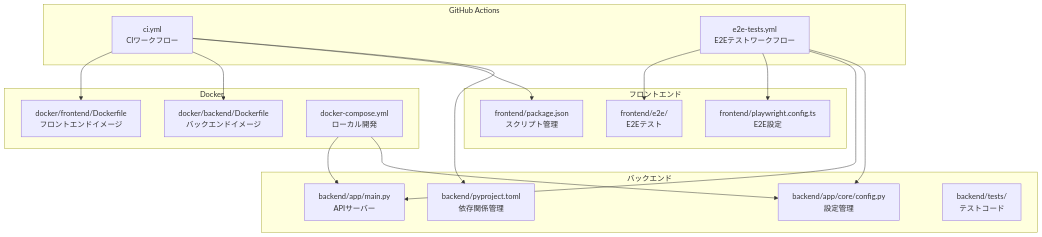
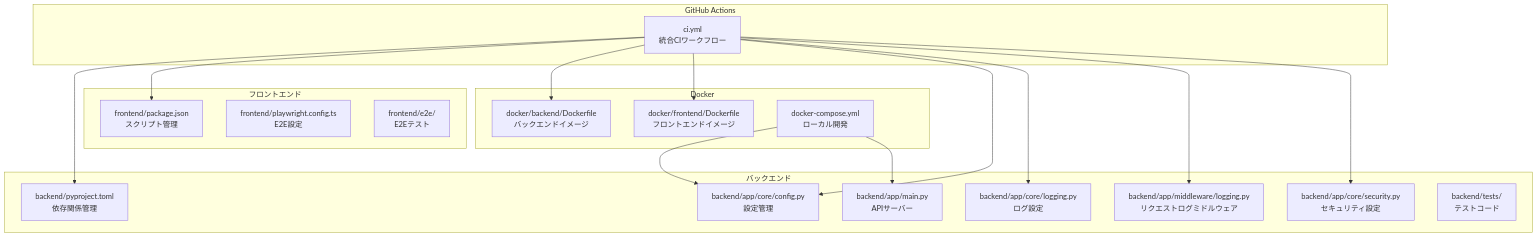
One commit to ss8806/Todos changed the first of 4 diagrams in .qoder/repowiki/ja/content/開発ワークフロー/CI_CDパイプライン.md. Above: the diagram before and after it, drawn with Mermaid. The commit also changed other lines of this file and 35 other files, not shown here.

````diff
--- a/.qoder/repowiki/ja/content/開発ワークフロー/CI_CDパイプライン.md
+++ b/.qoder/repowiki/ja/content/開発ワークフロー/CI_CDパイプライン.md
@@ -41,33 +52,35 @@
 ```mermaid
 graph TB
 subgraph "GitHub Actions"
-CI["ci.yml<br/>CIワークフロー"]
-E2E["e2e-tests.yml<br/>E2Eテストワークフロー"]
+CI["ci.yml<br/>統合CIワークフロー"]
 end
 subgraph "バックエンド"
 PY["backend/pyproject.toml<br/>依存関係管理"]
 CFG["backend/app/core/config.py<br/>設定管理"]
+SEC["backend/app/core/security.py<br/>セキュリティ設定"]
+LOG["backend/app/core/logging.py<br/>ログ設定"]
+MLOG["backend/app/middleware/logging.py<br/>リクエストログミドルウェア"]
 MAIN["backend/app/main.py<br/>APIサーバー"]
 TESTS["backend/tests/<br/>テストコード"]
 end
 subgraph "フロントエンド"
 PKG["frontend/package.json<br/>スクリプト管理"]
 PW["frontend/playwright.config.ts<br/>E2E設定"]
 E2E_TESTS["frontend/e2e/<br/>E2Eテスト"]
 end
 subgraph "Docker"
 DBDF["docker/backend/Dockerfile<br/>バックエンドイメージ"]
 FPDF["docker/frontend/Dockerfile<br/>フロントエンドイメージ"]
 DC["docker-compose.yml<br/>ローカル開発"]
 end
 CI --> PY
 CI --> PKG
 CI --> DBDF
 CI --> FPDF
-E2E --> CFG
-E2E --> MAIN
-E2E --> PW
-E2E --> E2E_TESTS
+CI --> CFG
+CI --> LOG
+CI --> MLOG
+CI --> SEC
 DC --> CFG
 DC --> MAIN
 ```
````
